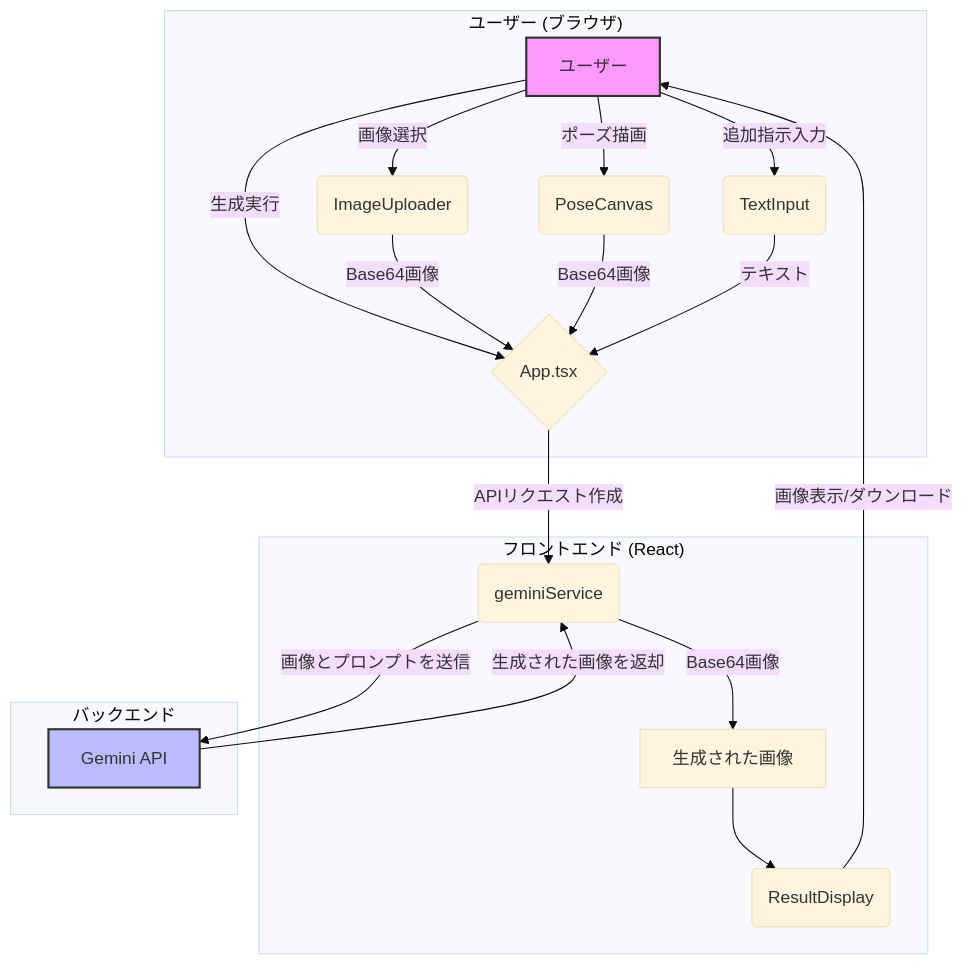
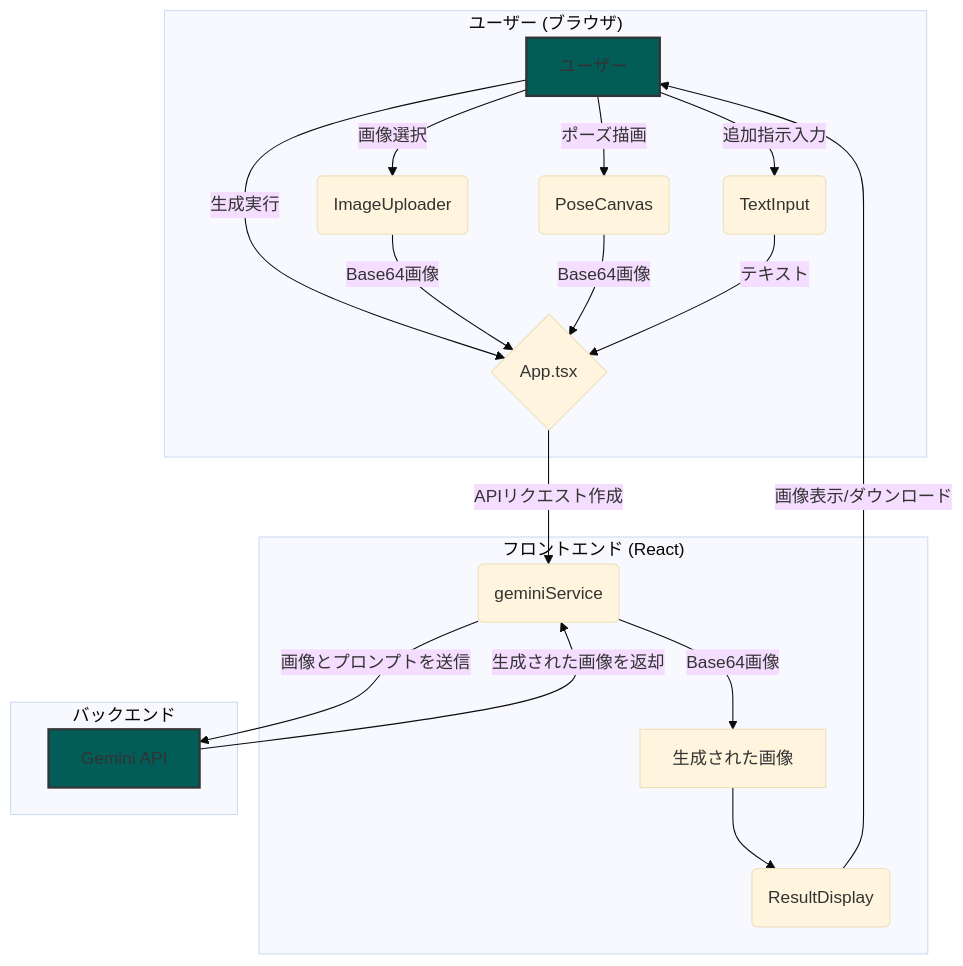
The diagram in README.md (ymkge/nano-banana-pose-changer), drawn with Mermaid (base theme) before and after one commit.

Commit message:
add README.md => system flow2

````diff
--- a/README.md
+++ b/README.md
@@ -19,28 +19,28 @@
 ```mermaid
 graph TD
     subgraph "ユーザー (ブラウザ)"
         A[ユーザー] -->|画像選択| B(ImageUploader);
         A -->|ポーズ描画| C(PoseCanvas);
         A -->|追加指示入力| D(TextInput);
         A -->|生成実行| E{App.tsx};
     end
 
     subgraph "フロントエンド (React)"
         B -- Base64画像 --> E;
         C -- Base64画像 --> E;
         D -- テキスト --> E;
         E -->|APIリクエスト作成| F(geminiService);
         G[生成された画像] --> H(ResultDisplay);
         H -->|画像表示/ダウンロード| A;
     end
 
     subgraph "バックエンド"
         F -- 画像とプロンプトを送信 --> I[Gemini API];
         I -- 生成された画像を返却 --> F;
     end
 
     F -- Base64画像 --> G;
 
-    style A fill:#f9f,stroke:#333,stroke-width:2px
-    style I fill:#bbf,stroke:#333,stroke-width:2px
+    style A fill:#025c57,stroke:#333,stroke-width:2px
+    style I fill:#025c57,stroke:#333,stroke-width:2px
 ```
````
